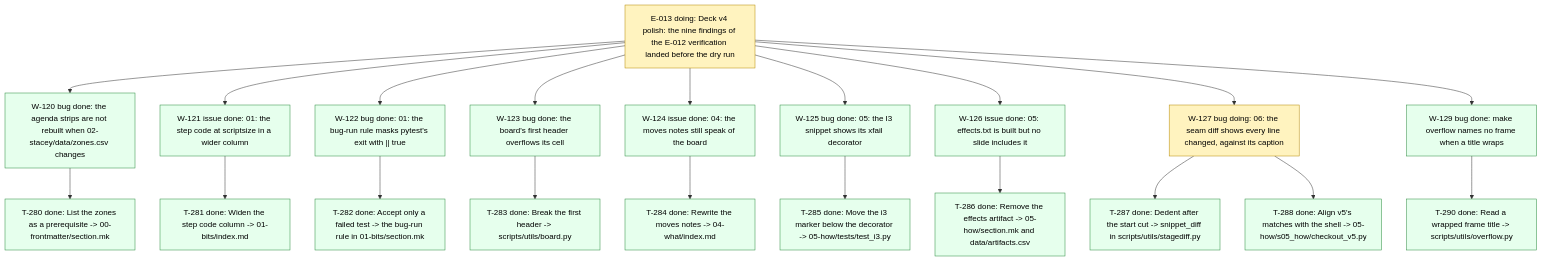
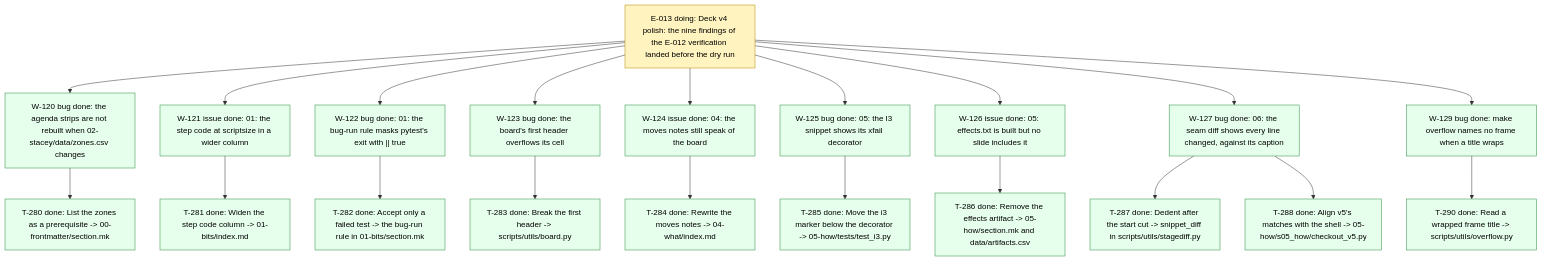
One commit to dpopchev/chaos-to-simple changed the diagram in .board/BOARD.md. Above: the diagram before and after it, drawn with Mermaid. The commit also changed other lines of this file and 1 other file, not shown here.

Commit message:
chore(board): close W-127 -- landed
Refs: W-127

````diff
--- a/.board/BOARD.md
+++ b/.board/BOARD.md
@@ -729,30 +729,30 @@
 ```mermaid
 flowchart TD
   E013["E-013 doing: Deck v4 polish: the nine findings of the E-012 verification landed before the dry run"]
   E013 --> W120["W-120 bug done: the agenda strips are not rebuilt when 02-stacey/data/zones.csv changes"]
   W120 --> T280["T-280 done: List the zones as a prerequisite -> 00-frontmatter/section.mk"]
   E013 --> W121["W-121 issue done: 01: the step code at scriptsize in a wider column"]
   W121 --> T281["T-281 done: Widen the step code column -> 01-bits/index.md"]
   E013 --> W122["W-122 bug done: 01: the bug-run rule masks pytest's exit with || true"]
   W122 --> T282["T-282 done: Accept only a failed test -> the bug-run rule in 01-bits/section.mk"]
   E013 --> W123["W-123 bug done: the board's first header overflows its cell"]
   W123 --> T283["T-283 done: Break the first header -> scripts/utils/board.py"]
   E013 --> W124["W-124 issue done: 04: the moves notes still speak of the board"]
   W124 --> T284["T-284 done: Rewrite the moves notes -> 04-what/index.md"]
   E013 --> W125["W-125 bug done: 05: the I3 snippet shows its xfail decorator"]
   W125 --> T285["T-285 done: Move the i3 marker below the decorator -> 05-how/tests/test_i3.py"]
   E013 --> W126["W-126 issue done: 05: effects.txt is built but no slide includes it"]
   W126 --> T286["T-286 done: Remove the effects artifact -> 05-how/section.mk and data/artifacts.csv"]
-  E013 --> W127["W-127 bug doing: 06: the seam diff shows every line changed, against its caption"]
+  E013 --> W127["W-127 bug done: 06: the seam diff shows every line changed, against its caption"]
   W127 --> T287["T-287 done: Dedent after the start cut -> snippet_diff in scripts/utils/stagediff.py"]
   W127 --> T288["T-288 done: Align v5's matches with the shell -> 05-how/s05_how/checkout_v5.py"]
   E013 --> W129["W-129 bug done: make overflow names no frame when a title wraps"]
   W129 --> T290["T-290 done: Read a wrapped frame title -> scripts/utils/overflow.py"]
   classDef doing fill:#fff3bf,stroke:#b58900,color:#000;
   classDef blocked fill:#ffe3e3,stroke:#c92a2a,color:#000;
   classDef done fill:#e6ffed,stroke:#2b8a3e,color:#000;
   classDef todo fill:#f8f9fa,stroke:#868e96,color:#000;
   classDef pruned fill:#f1f3f5,stroke:#adb5bd,color:#000;
-  class E013,W127 doing
-  class W120,T280,W121,T281,W122,T282,W123,T283,W124,T284,W125,T285,W126,T286,T287,T288,W129,T290 done
+  class E013 doing
+  class W120,T280,W121,T281,W122,T282,W123,T283,W124,T284,W125,T285,W126,T286,W127,T287,T288,W129,T290 done
 ```
````
